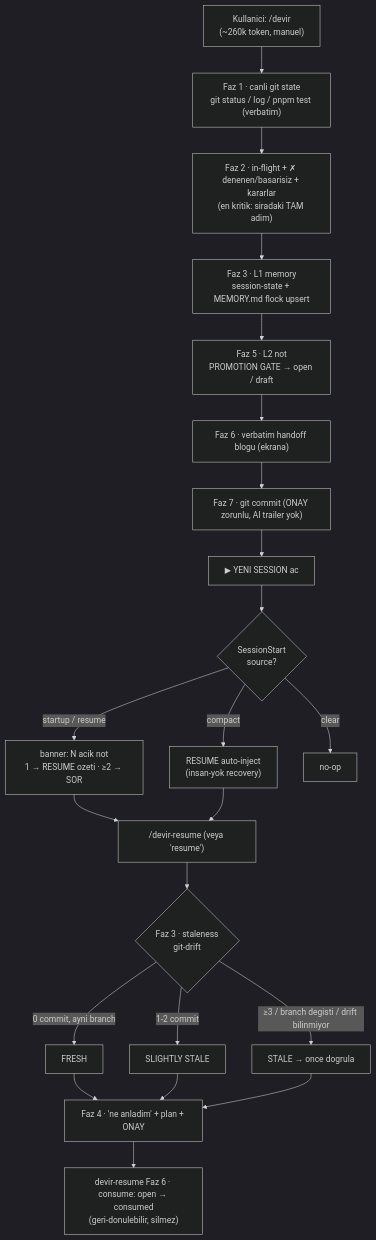
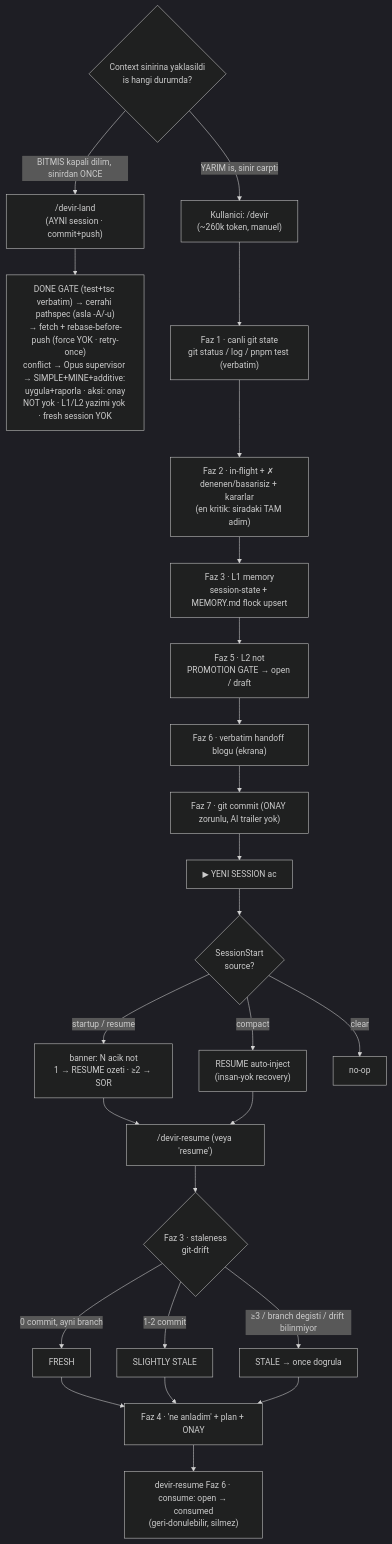
Before and after one commit to ibrahimSumbul/claude-harness: the second of 3 diagrams in docs/workflow.md, drawn with Mermaid (dark theme). The commit also changed other lines of this file and 5 other files, not shown here.

````diff
--- a/docs/workflow.md
+++ b/docs/workflow.md
@@ -65,24 +76,28 @@
 ```mermaid
 flowchart TD
-    A["Kullanici: /devir<br/>(~260k token, manuel)"] --> B["Faz 1 · canli git state<br/>git status / log / pnpm test (verbatim)"]
+    SLICE{"Context sinirina yaklasildi<br/>is hangi durumda?"}
+    SLICE -->|"BITMIS kapali dilim, sinirdan ONCE"| LAND["/devir-land<br/>(AYNI session · commit+push)"]
+    LAND --> LANDX["DONE GATE (test+tsc verbatim) → cerrahi pathspec (asla -A/-u)<br/>→ fetch + rebase-before-push (force YOK · retry-once)<br/>conflict → Opus supervisor → SIMPLE+MINE+additive: uygula+raporla · aksi: onay<br/>NOT yok · L1/L2 yazimi yok · fresh session YOK"]
+    SLICE -->|"YARIM is, sinir carpti"| A["Kullanici: /devir<br/>(~260k token, manuel)"]
+    A --> B["Faz 1 · canli git state<br/>git status / log / pnpm test (verbatim)"]
     B --> C["Faz 2 · in-flight + ✗ denenen/basarisiz + kararlar<br/>(en kritik: siradaki TAM adim)"]
     C --> D["Faz 3 · L1 memory<br/>session-state + MEMORY.md flock upsert"]
     D --> E["Faz 5 · L2 not<br/>PROMOTION GATE → open / draft"]
     E --> F["Faz 6 · verbatim handoff blogu (ekrana)"]
     F --> G["Faz 7 · git commit (ONAY zorunlu, AI trailer yok)"]
     G --> H["▶ YENI SESSION ac"]
     H --> I{"SessionStart<br/>source?"}
     I -->|startup / resume| J["banner: N acik not<br/>1 → RESUME ozeti · ≥2 → SOR"]
     I -->|compact| K["RESUME auto-inject<br/>(insan-yok recovery)"]
     I -->|clear| Z["no-op"]
     J --> L["/devir-resume (veya 'resume')"]
     K --> L
     L --> M{"Faz 3 · staleness<br/>git-drift"}
     M -->|0 commit, ayni branch| FR["FRESH"]
     M -->|1-2 commit| SS["SLIGHTLY STALE"]
     M -->|≥3 / branch degisti / drift bilinmiyor| ST["STALE → once dogrula"]
     FR --> N["Faz 4 · 'ne anladim' + plan + ONAY"]
     SS --> N
     ST --> N
     N --> O["devir-resume Faz 6 · consume: open → consumed<br/>(geri-donulebilir, silmez)"]
 ```
````
